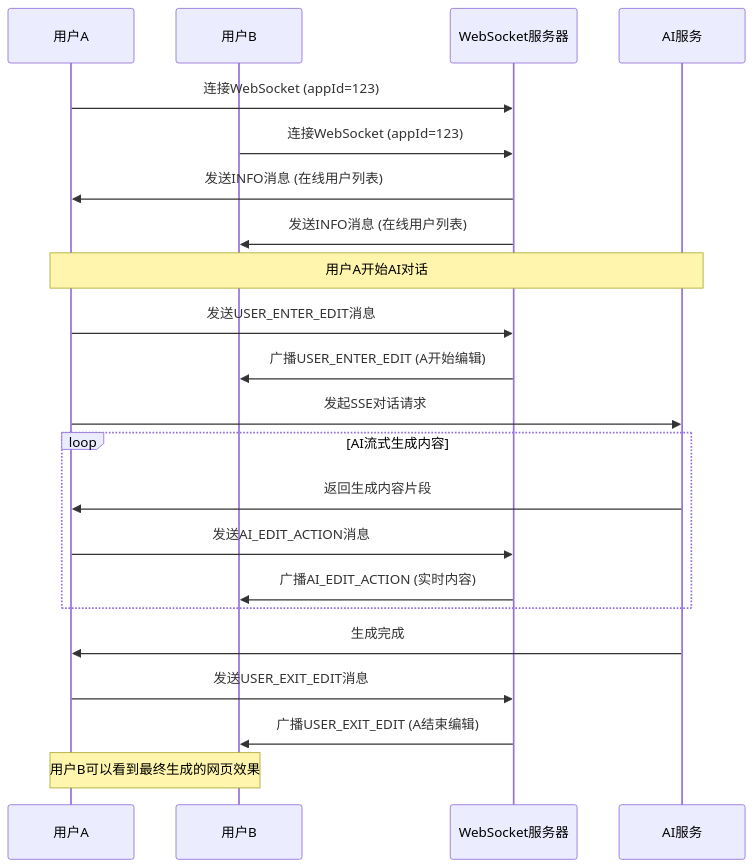
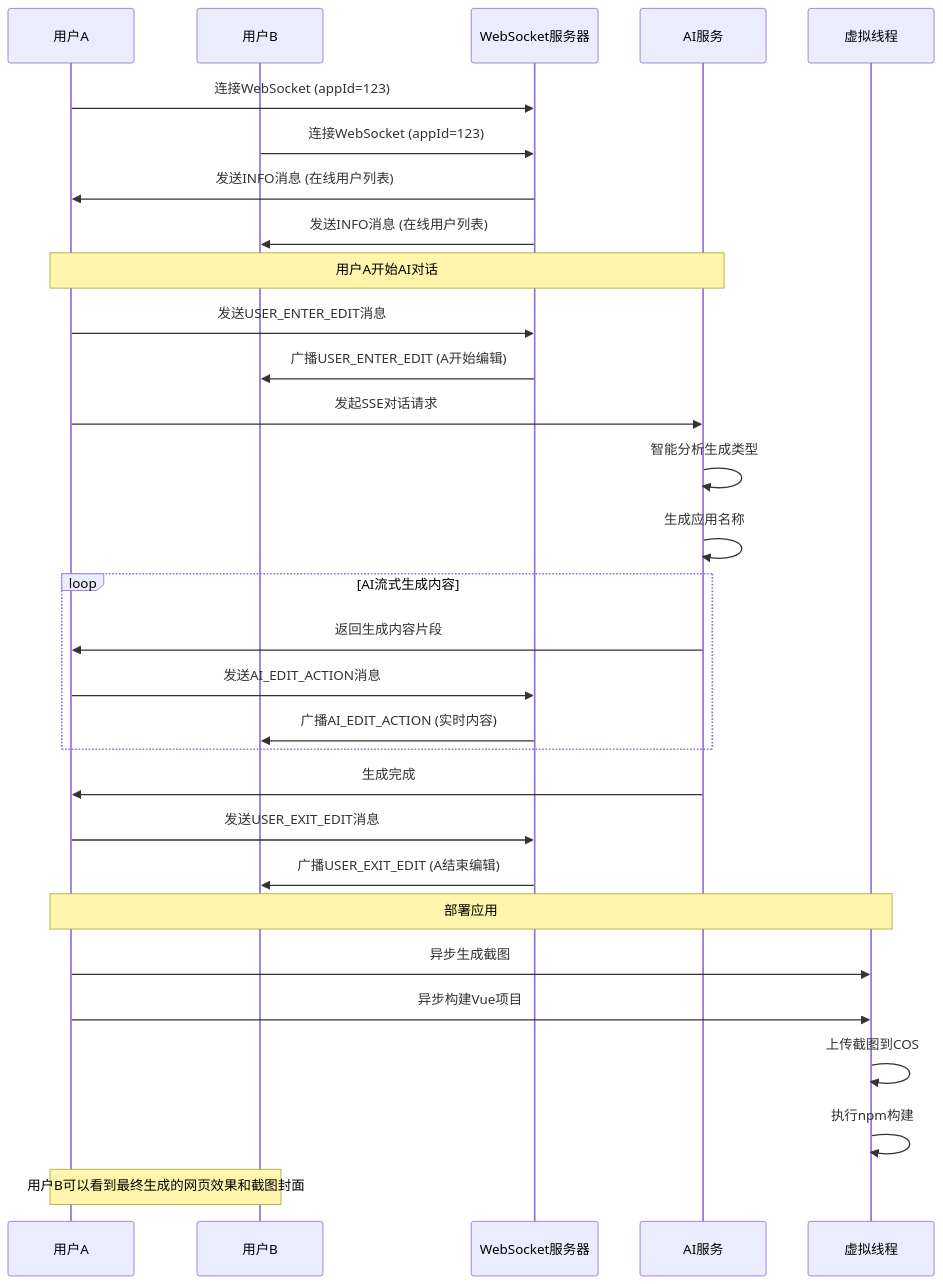
The second of 2 diagrams in README.md (NormanLovesPickle/ai-code), drawn with Mermaid before and after one commit. The commit also changed other lines of this file and 10 other files, not shown here.

````diff
--- a/README.md
+++ b/README.md
@@ -144,30 +201,40 @@
 ```mermaid
 sequenceDiagram
     participant A as 用户A
     participant B as 用户B
     participant WS as WebSocket服务器
     participant AI as AI服务
+    participant VT as 虚拟线程
 
     A->>WS: 连接WebSocket (appId=123)
     B->>WS: 连接WebSocket (appId=123)
     WS->>A: 发送INFO消息 (在线用户列表)
     WS->>B: 发送INFO消息 (在线用户列表)
 
     Note over A,AI: 用户A开始AI对话
 
     A->>WS: 发送USER_ENTER_EDIT消息
     WS->>B: 广播USER_ENTER_EDIT (A开始编辑)
     A->>AI: 发起SSE对话请求
     
+    AI->>AI: 智能分析生成类型
+    AI->>AI: 生成应用名称
+    
     loop AI流式生成内容
         AI->>A: 返回生成内容片段
         A->>WS: 发送AI_EDIT_ACTION消息
         WS->>B: 广播AI_EDIT_ACTION (实时内容)
     end
 
     AI->>A: 生成完成
     A->>WS: 发送USER_EXIT_EDIT消息
     WS->>B: 广播USER_EXIT_EDIT (A结束编辑)
     
-    Note over A,B: 用户B可以看到最终生成的网页效果
+    Note over A,VT: 部署应用
+    A->>VT: 异步生成截图
+    A->>VT: 异步构建Vue项目
+    VT->>VT: 上传截图到COS
+    VT->>VT: 执行npm构建
+    
+    Note over A,B: 用户B可以看到最终生成的网页效果和截图封面
 ```
````
